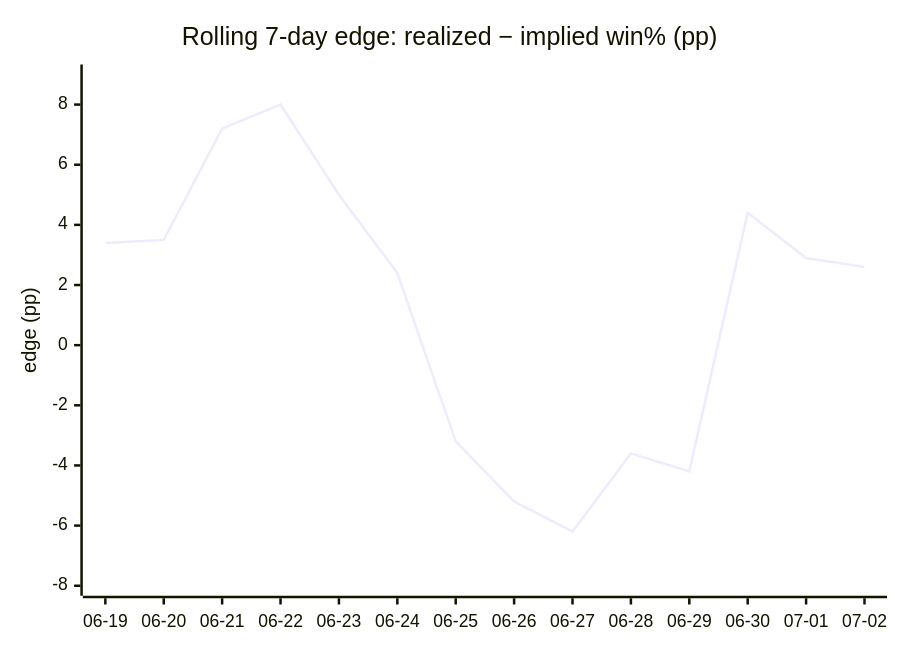
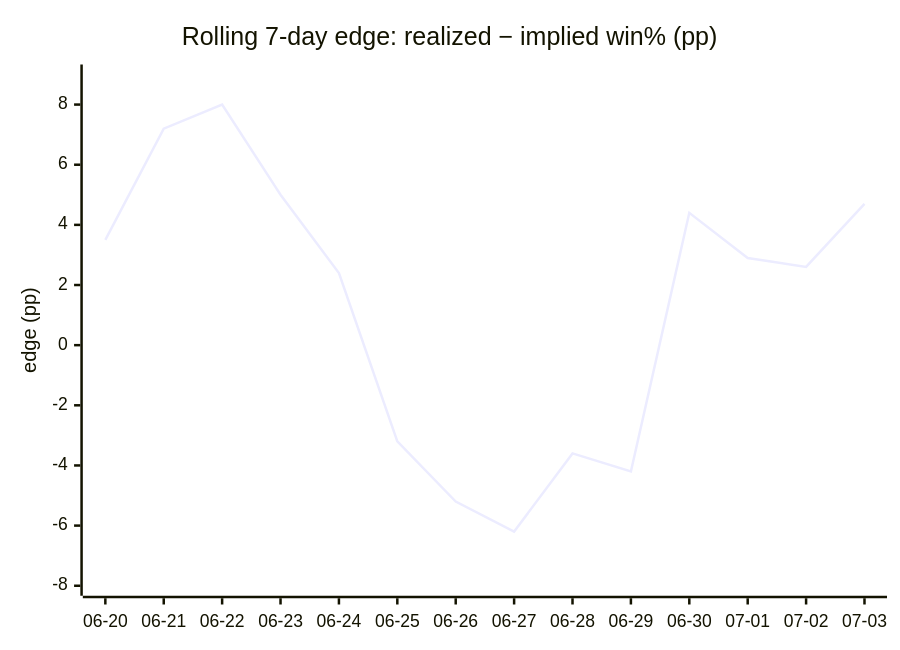
Before and after one commit to dpk1212/nhl-savant: the fifth of 5 diagrams in DAILY_AGSU_REPORT.md, drawn with Mermaid. The commit also changed other lines of this file, not shown here.

````diff
--- a/DAILY_AGSU_REPORT.md
+++ b/DAILY_AGSU_REPORT.md
@@ -544,7 +542,7 @@
 ```mermaid
 xychart-beta
     title "Rolling 7-day edge: realized − implied win% (pp)"
-    x-axis ["06-19", "06-20", "06-21", "06-22", "06-23", "06-24", "06-25", "06-26", "06-27", "06-28", "06-29", "06-30", "07-01", "07-02"]
+    x-axis ["06-20", "06-21", "06-22", "06-23", "06-24", "06-25", "06-26", "06-27", "06-28", "06-29", "06-30", "07-01", "07-02", "07-03"]
     y-axis "edge (pp)" -8 --> 9
-    line [3.4, 3.5, 7.2, 8, 5, 2.4, -3.2, -5.2, -6.2, -3.6, -4.2, 4.4, 2.9, 2.6]
+    line [3.5, 7.2, 8, 5, 2.4, -3.2, -5.2, -6.2, -3.6, -4.2, 4.4, 2.9, 2.6, 4.7]
 ```
````
